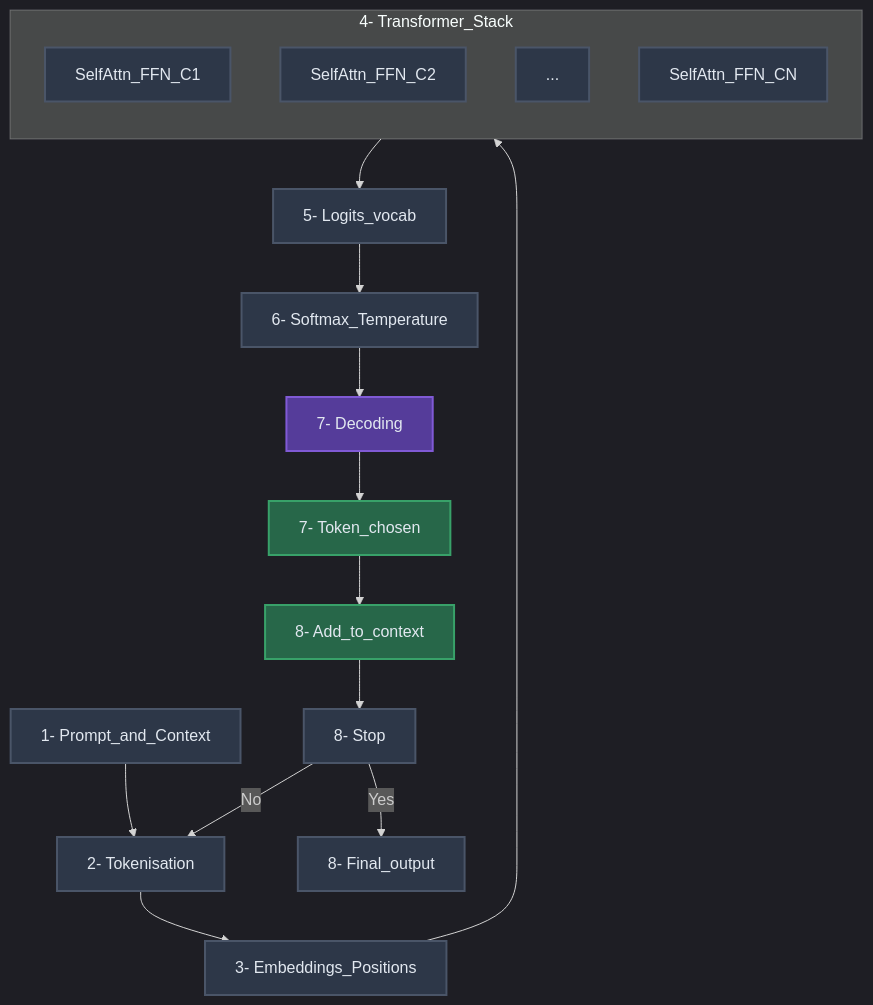
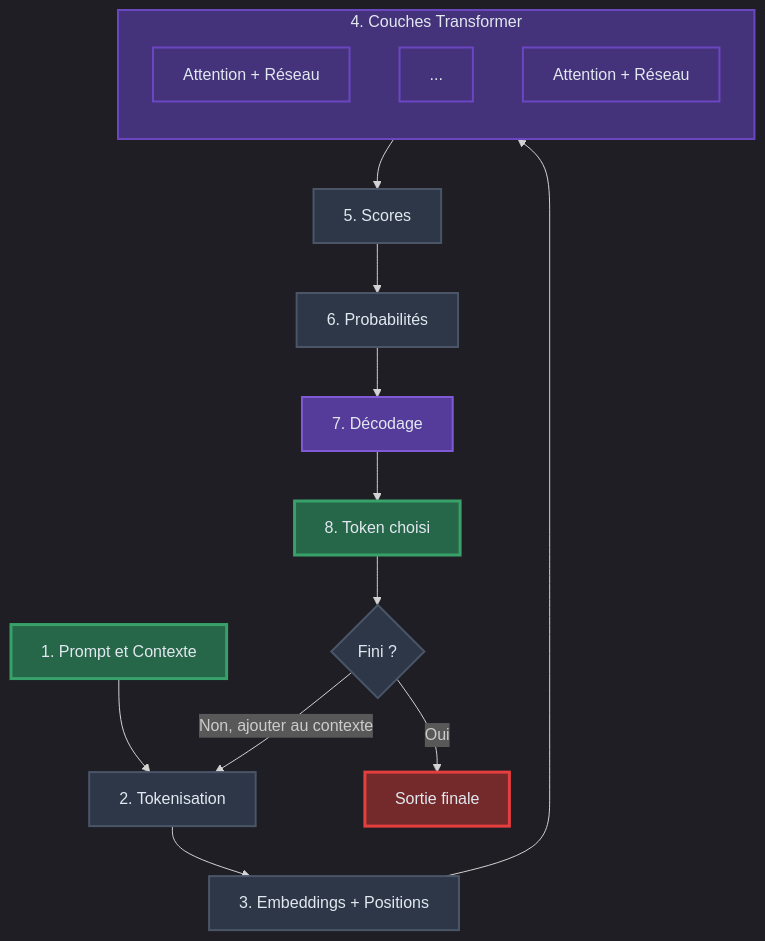
The first of 5 diagrams in INTRO.md (zidtalel/AtelierIA), drawn with Mermaid before and after one commit. The commit also changed other lines of this file and 3 other files, not shown here.

````diff
--- a/INTRO.md
+++ b/INTRO.md
@@ -43,32 +104,34 @@
 ```mermaid
 %%{init: {'theme':'dark'}}%%
 flowchart TD
-  A[1- Prompt_and_Context]
-  B[2- Tokenisation]
-  C[3- Embeddings_Positions]
-  subgraph STACK[4- Transformer_Stack]
+  A["1. Prompt et Contexte"]
+  B["2. Tokenisation"]
+  C["3. Embeddings + Positions"]
+  subgraph STACK["4. Couches Transformer"]
     direction TB
-    S1[SelfAttn_FFN_C1]
-    S2[SelfAttn_FFN_C2]
-    S3[...]
-    SN[SelfAttn_FFN_CN]
+    S1["Attention + Réseau"]
+    S2["..."]
+    SN["Attention + Réseau"]
   end
-  D[5- Logits_vocab]
-  E[6- Softmax_Temperature]
-  F[7- Decoding]
-  G[7- Token_chosen]
-  H[8- Add_to_context]
-  I[8- Stop]
-  J[8- Final_output]
+  D["5. Scores"]
+  E["6. Probabilités"]
+  F["7. Décodage"]
+  G["8. Token choisi"]
+  H{"Fini ?"}
+  J["Sortie finale"]
 
-  A --> B --> C --> STACK --> D --> E --> F --> G --> H --> I
-  I -- No --> B
-  I -- Yes --> J
+  A --> B --> C --> STACK --> D --> E --> F --> G --> H
+  H -- Non, ajouter au contexte --> B
+  H -- Oui --> J
 
-  classDef block fill:#2d3748,stroke:#4a5568,stroke-width:2px,color:#e2e8f0
+  classDef start fill:#276749,stroke:#38a169,stroke-width:3px,color:#e2e8f0
+  classDef process fill:#2d3748,stroke:#4a5568,stroke-width:2px,color:#e2e8f0
+  classDef transformer fill:#44337a,stroke:#6b46c1,stroke-width:2px,color:#e2e8f0
   classDef focus fill:#553c9a,stroke:#805ad5,stroke-width:2px,color:#e2e8f0
-  classDef action fill:#276749,stroke:#38a169,stroke-width:2px,color:#e2e8f0
-  class A,B,C,S1,S2,S3,SN,D,E,F,G,H,I,J block
+  classDef final fill:#742a2a,stroke:#e53e3e,stroke-width:3px,color:#e2e8f0
+  class A,G start
+  class B,C,D,E,H process
+  class STACK,S1,S2,SN transformer
   class F focus
-  class G,H action
+  class J final
 ```
````
